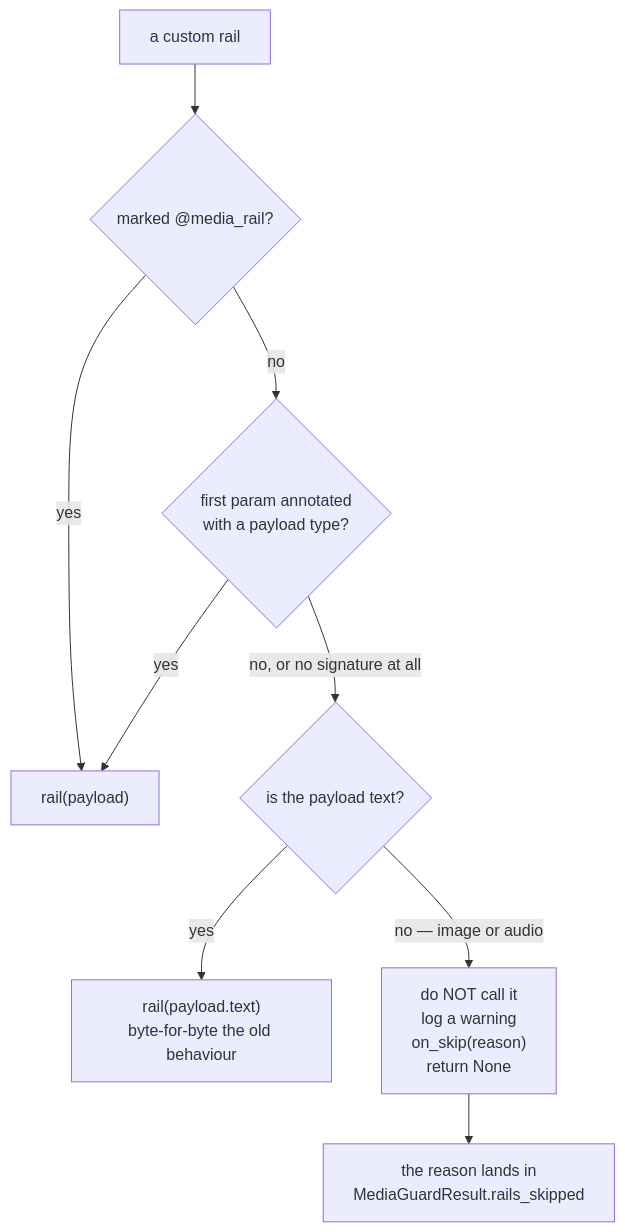
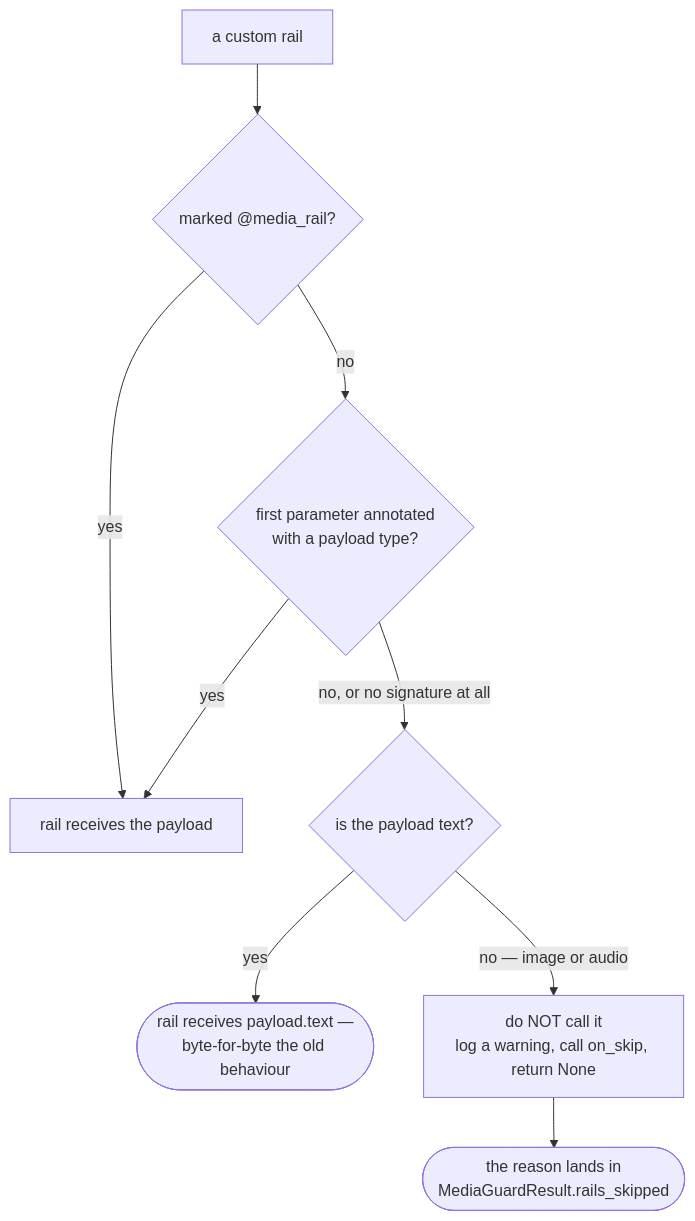
One commit to yrevash/aegis changed the fifth of 5 diagrams in docs/teaching/media/40-diagrams.md. Above: the diagram before and after it, drawn with Mermaid. The commit also changed other lines of this file and 111 other files, not shown here.

````diff
--- a/docs/teaching/media/40-diagrams.md
+++ b/docs/teaching/media/40-diagrams.md
@@ -184,14 +160,14 @@
 ```mermaid
 flowchart TB
     R["a custom rail"] --> M{"marked @media_rail?"}
-    M -->|yes| NEW["rail(payload)"]
-    M -->|no| ANN{"first param annotated<br/>with a payload type?"}
+    M -->|yes| NEW["rail receives the payload"]
+    M -->|no| ANN{"first parameter annotated<br/>with a payload type?"}
 
     ANN -->|yes| NEW
     ANN -->|"no, or no signature at all"| LEG{"is the payload text?"}
 
-    LEG -->|yes| OLD["rail(payload.text)<br/>byte-for-byte the old behaviour"]
-    LEG -->|"no — image or audio"| SKIP["do NOT call it<br/>log a warning<br/>on_skip(reason)<br/>return None"]
+    LEG -->|yes| OLD(["rail receives payload.text —<br/>byte-for-byte the old behaviour"])
+    LEG -->|"no — image or audio"| SKIP["do NOT call it<br/>log a warning, call on_skip, return None"]
 
-    SKIP --> REC["the reason lands in<br/>MediaGuardResult.rails_skipped"]
+    SKIP --> REC(["the reason lands in<br/>MediaGuardResult.rails_skipped"])
 ```
````
